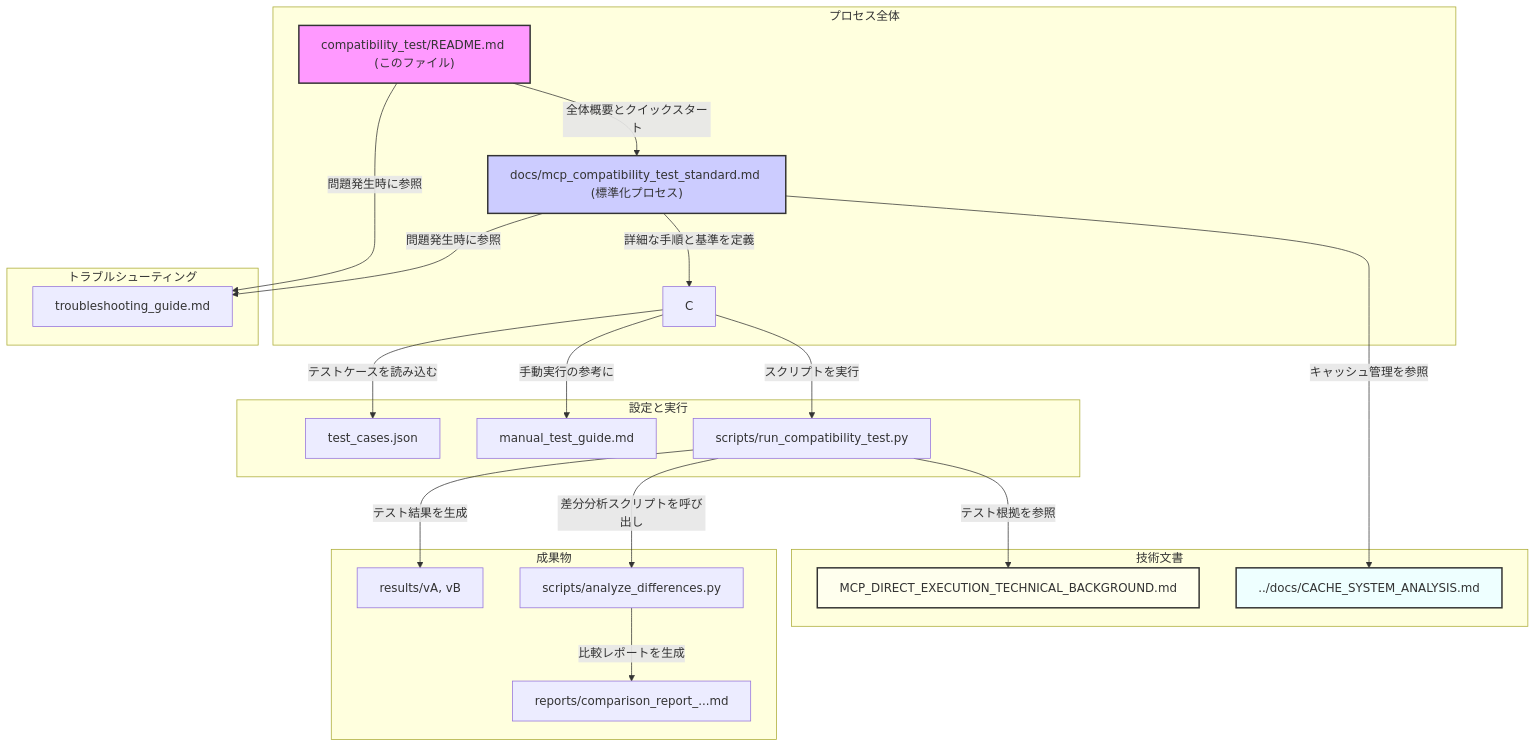
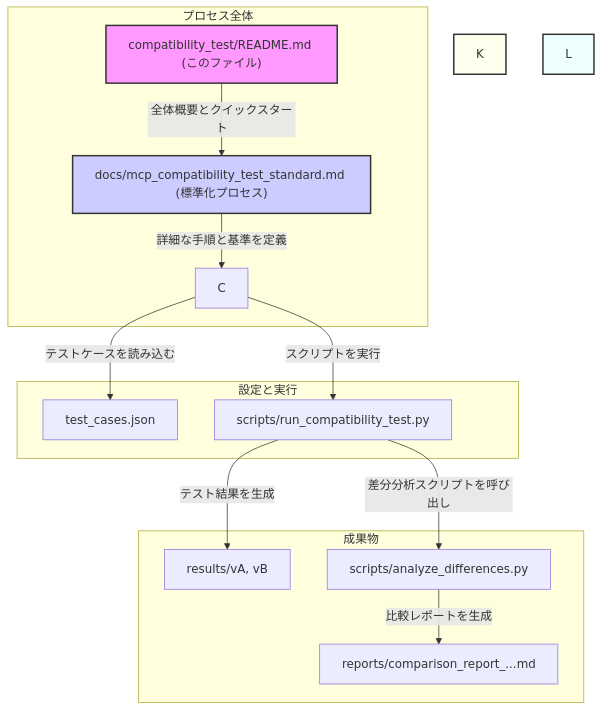
Before and after one commit to aimasteracc/tree-sitter-analyzer: the diagram in compatibility_test/README.md, drawn with Mermaid. The commit also changed other lines of this file and 290 other files, not shown here.

````diff
--- a/compatibility_test/README.md
+++ b/compatibility_test/README.md
@@ -202,34 +199,23 @@
 ```mermaid
 graph TD
     subgraph "プロセス全体"
         A["compatibility_test/README.md (このファイル)"] -- "全体概要とクイックスタート" --> B
         B["docs/mcp_compatibility_test_standard.md (標準化プロセス)"] -- "詳細な手順と基準を定義" --> C
     end
 
     subgraph "設定と実行"
         C -- "テストケースを読み込む" --> D["test_cases.json"]
-        C -- "手動実行の参考に" --> E["manual_test_guide.md"]
         C -- "スクリプトを実行" --> F["scripts/run_compatibility_test.py"]
-    end
-
-    subgraph "トラブルシューティング"
-        B -- "問題発生時に参照" --> G["troubleshooting_guide.md"]
-        A -- "問題発生時に参照" --> G
-    end
-
-    subgraph "技術文書"
-        F -- "テスト根拠を参照" --> K["MCP_DIRECT_EXECUTION_TECHNICAL_BACKGROUND.md"]
-        B -- "キャッシュ管理を参照" --> L["../docs/CACHE_SYSTEM_ANALYSIS.md"]
     end
 
     subgraph "成果物"
         F -- "テスト結果を生成" --> H["results/vA, vB"]
         F -- "差分分析スクリプトを呼び出し" --> I["scripts/analyze_differences.py"]
         I -- "比較レポートを生成" --> J["reports/comparison_report_...md"]
     end
 
     style A fill:#f9f,stroke:#333,stroke-width:2px
     style B fill:#ccf,stroke:#333,stroke-width:2px
     style K fill:#ffe,stroke:#333,stroke-width:2px
     style L fill:#eff,stroke:#333,stroke-width:2px
 ```
````
